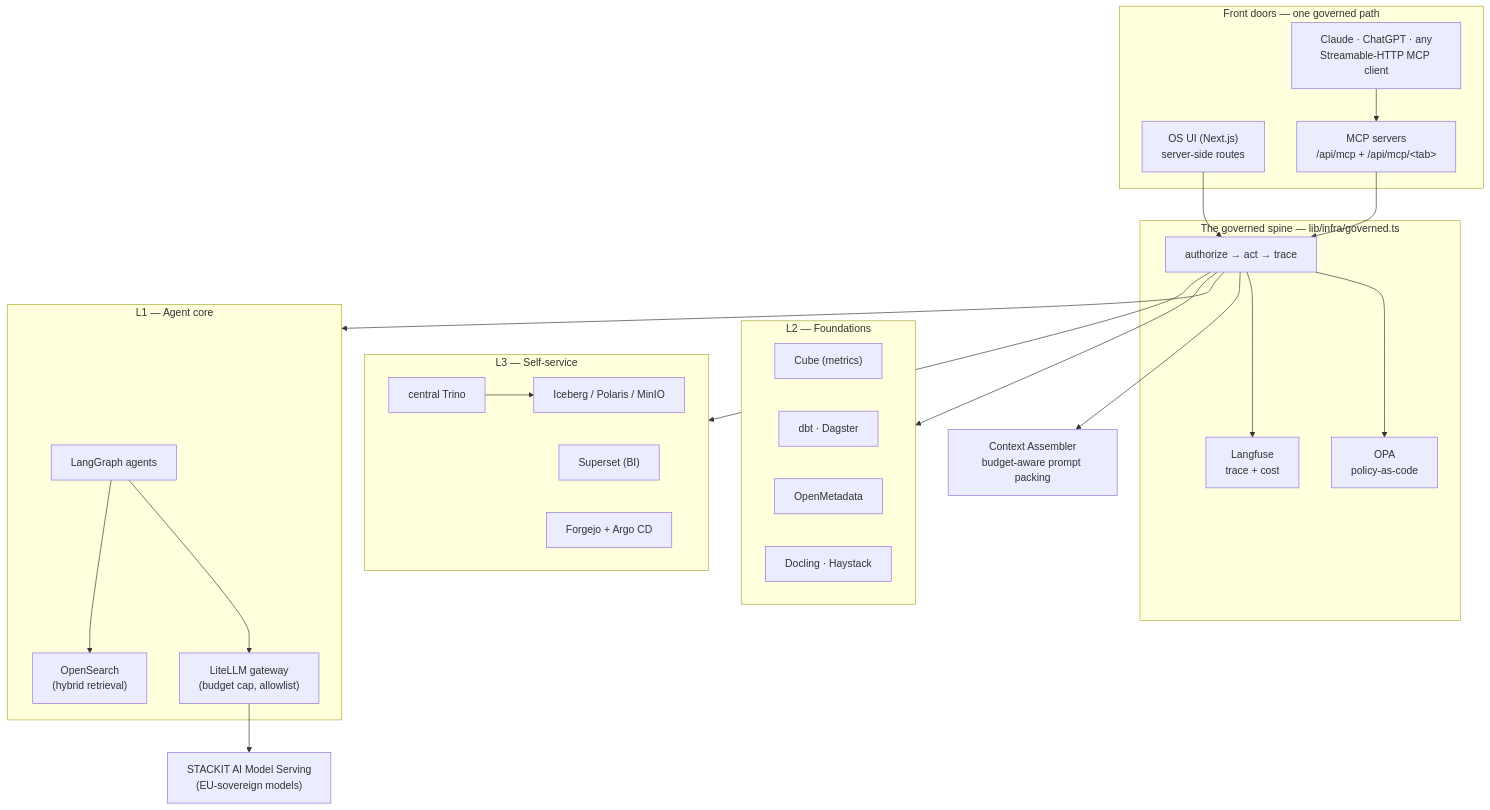
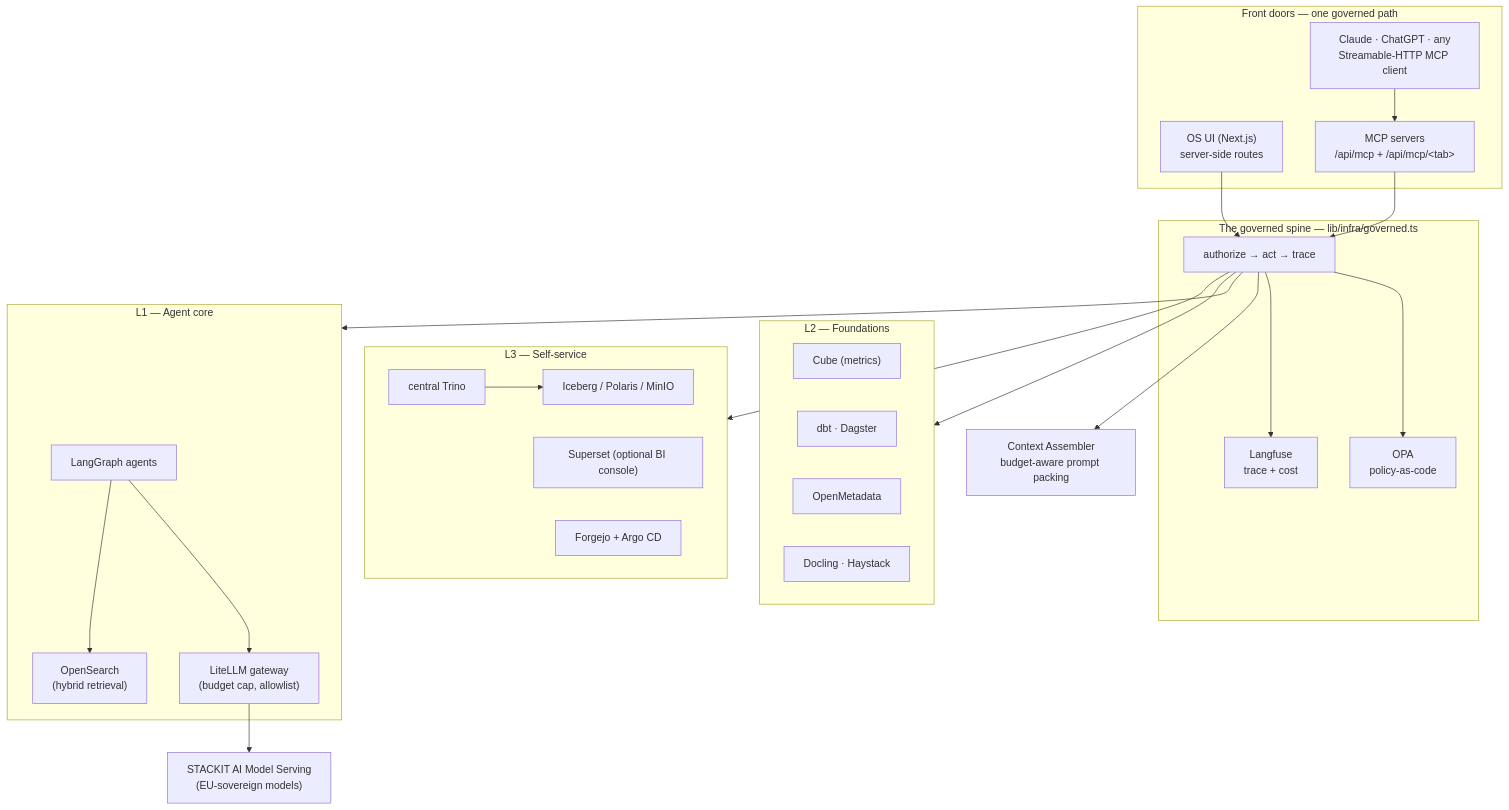
The diagram in docs/Sovereign-Agentic-OS-Guide.md (Data-Masterclass/sovereign-agentic-os), drawn with Mermaid before and after one commit. The commit also changed other lines of this file and 1 other file, not shown here.

````diff
--- a/docs/Sovereign-Agentic-OS-Guide.md
+++ b/docs/Sovereign-Agentic-OS-Guide.md
@@ -579,48 +599,48 @@
 ```mermaid
 flowchart TB
   subgraph front["Front doors — one governed path"]
     UI["OS UI (Next.js)<br/>server-side routes"]
     MCP["MCP servers<br/>/api/mcp + /api/mcp/&lt;tab&gt;"]
     EXT["Claude · ChatGPT · any<br/>Streamable-HTTP MCP client"]
     EXT --> MCP
   end
 
   UI --> SPINE
   MCP --> SPINE
 
   subgraph spine["The governed spine — lib/infra/governed.ts"]
     SPINE["authorize → act → trace"]
     OPA["OPA<br/>policy-as-code"]
     LF["Langfuse<br/>trace + cost"]
     SPINE --> OPA
     SPINE --> LF
   end
 
   SPINE --> L1 & L2 & L3 & CTX
 
   subgraph L1["L1 — Agent core"]
     LG["LangGraph agents"]
     LL["LiteLLM gateway<br/>(budget cap, allowlist)"]
     OS["OpenSearch<br/>(hybrid retrieval)"]
     LG --> LL
     LG --> OS
   end
 
   subgraph L2["L2 — Foundations"]
     CUBE["Cube (metrics)"]
     DBT["dbt · Dagster"]
     OM["OpenMetadata"]
     DOC["Docling · Haystack"]
   end
 
   subgraph L3["L3 — Self-service"]
     TRINO["central Trino"]
     ICE["Iceberg / Polaris / MinIO"]
-    SUP["Superset (BI)"]
+    SUP["Superset (optional BI console)"]
     FORGE["Forgejo + Argo CD"]
     TRINO --> ICE
   end
 
   CTX["Context Assembler<br/>budget-aware prompt packing"]
   LL --> STK["STACKIT AI Model Serving<br/>(EU-sovereign models)"]
 ```
````
